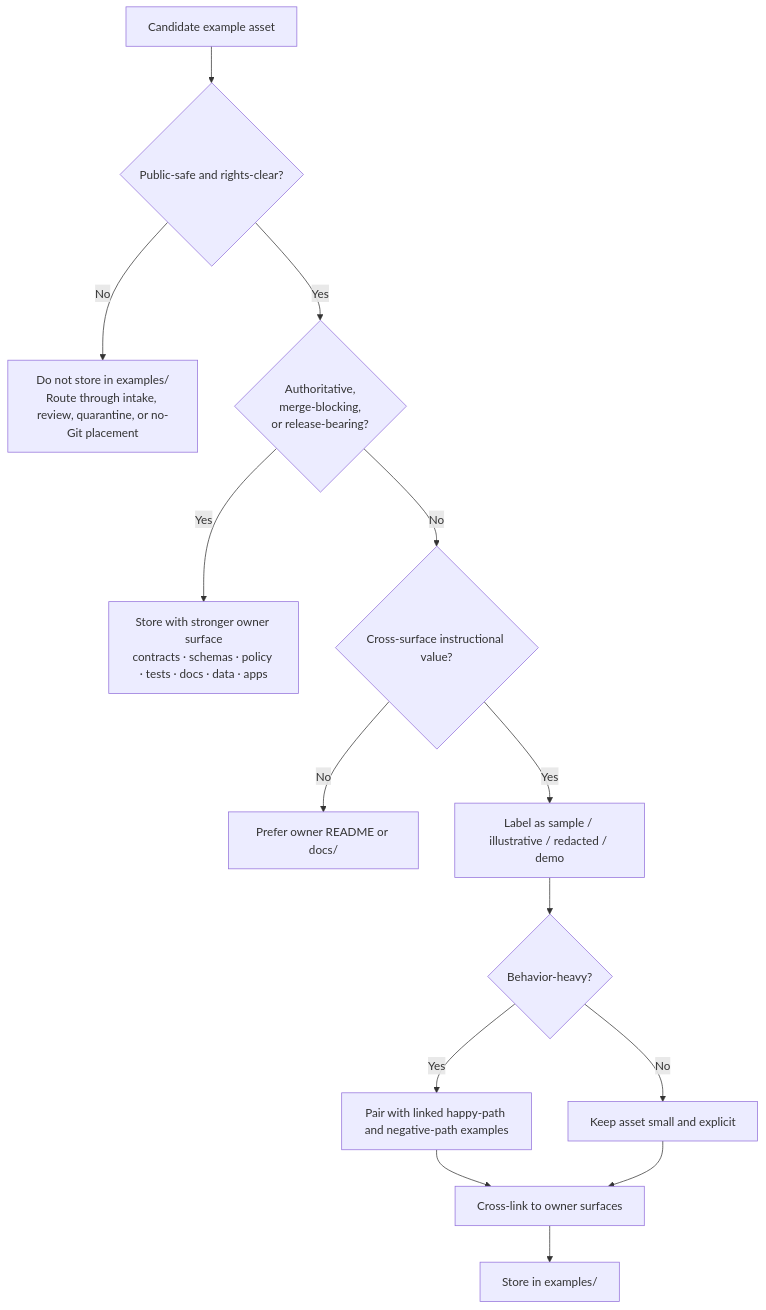
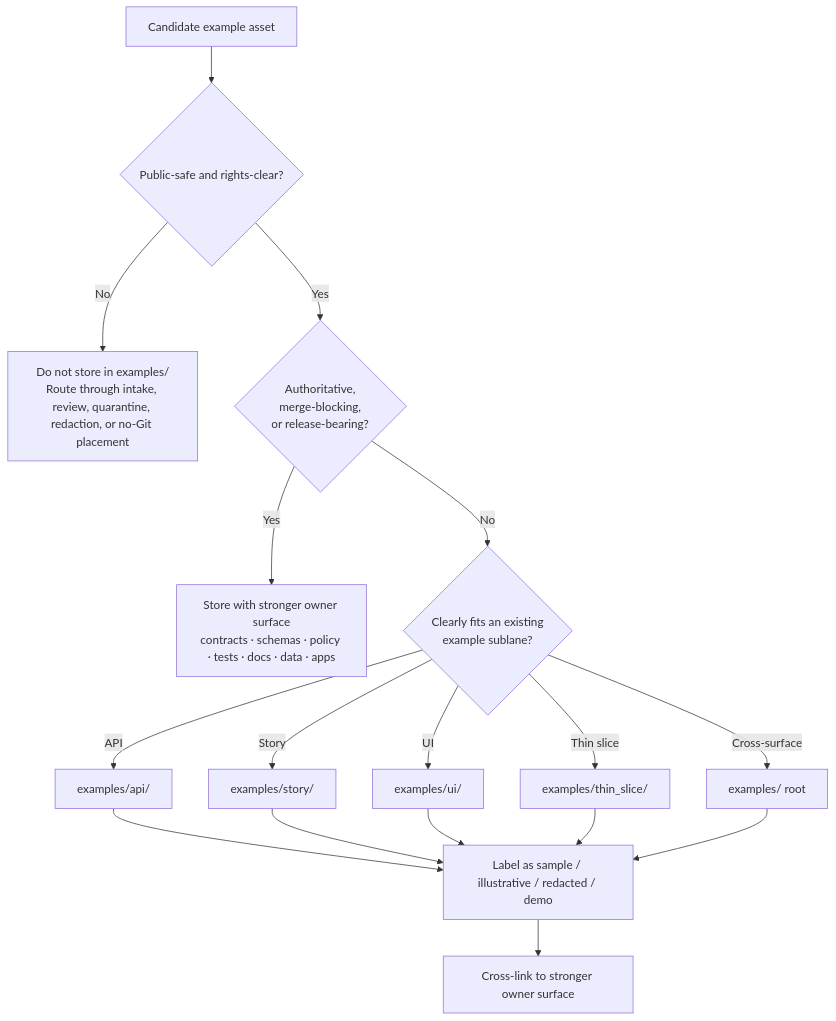
The diagram in examples/README.md (bartytime4life/Kansas-Frontier-Matrix), drawn with Mermaid before and after one commit. The commit also changed other lines of this file, not shown here.

First line of the commit message:
Revise examples README for clarity and structure

````diff
--- a/examples/README.md
+++ b/examples/README.md
@@ -273,16 +331,19 @@
 ```mermaid
 flowchart TD
     A[Candidate example asset] --> B{Public-safe and rights-clear?}
-    B -- No --> X[Do not store in examples/<br/>Route through intake, review, quarantine, or no-Git placement]
+    B -- No --> X[Do not store in examples/<br/>Route through intake, review, quarantine, redaction, or no-Git placement]
     B -- Yes --> C{Authoritative,<br/>merge-blocking,<br/>or release-bearing?}
     C -- Yes --> Y[Store with stronger owner surface<br/>contracts · schemas · policy · tests · docs · data · apps]
-    C -- No --> D{Cross-surface instructional value?}
-    D -- No --> E[Prefer owner README or docs/]
-    D -- Yes --> F[Label as sample / illustrative / redacted / demo]
-    F --> G{Behavior-heavy?}
-    G -- Yes --> H[Pair with linked happy-path and negative-path examples]
-    G -- No --> I[Keep asset small and explicit]
-    H --> J[Cross-link to owner surfaces]
+    C -- No --> D{Clearly fits an existing<br/>example sublane?}
+    D -- API --> E[examples/api/]
+    D -- Story --> F[examples/story/]
+    D -- UI --> G[examples/ui/]
+    D -- Thin slice --> H[examples/thin_slice/]
+    D -- Cross-surface --> I[examples/ root]
+    E --> J[Label as sample / illustrative / redacted / demo]
+    F --> J
+    G --> J
+    H --> J
     I --> J
-    J --> K[Store in examples/]
+    J --> K[Cross-link to stronger owner surface]
 ```
````
